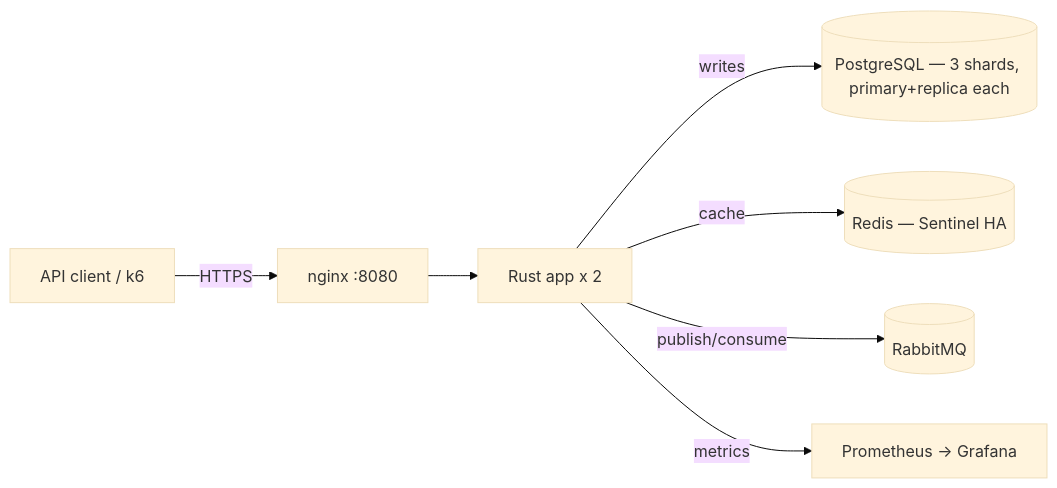
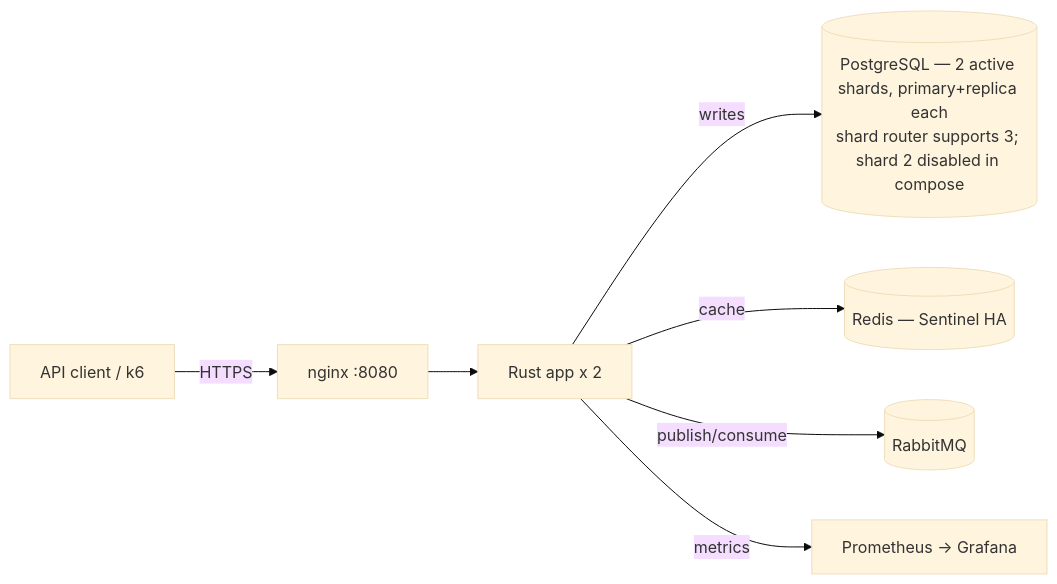
Before and after one commit to Ghaida00/Capstone: the first of 4 diagrams in docs/architecture.md, drawn with Mermaid (base theme). The commit also changed other lines of this file and 15 other files, not shown here.

````diff
--- a/docs/architecture.md
+++ b/docs/architecture.md
@@ -30,9 +30,9 @@
 ```mermaid
 flowchart LR
     Client[API client / k6] -->|HTTPS| Nginx[nginx :8080]
     Nginx --> App[Rust app x 2]
-    App -->|writes| PG[(PostgreSQL — 3 shards, primary+replica each)]
+    App -->|writes| PG[(PostgreSQL — 2 active shards, primary+replica each<br/>shard router supports 3; shard 2 disabled in compose)]
     App -->|cache| Redis[(Redis — Sentinel HA)]
     App -->|publish/consume| MQ[(RabbitMQ)]
     App -->|metrics| Prom[Prometheus → Grafana]
 ```
````
